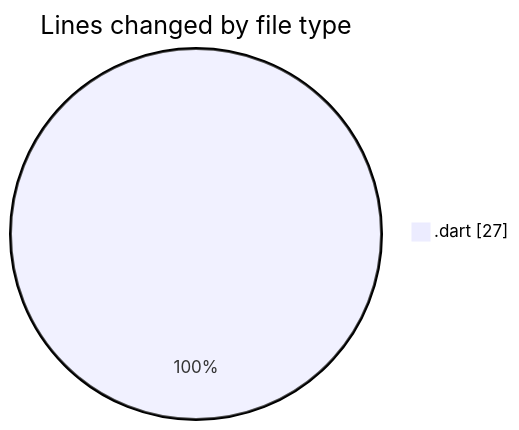
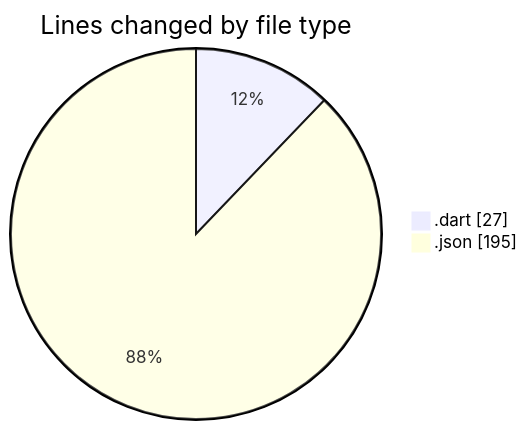
The first of 2 diagrams in 2025-02-21/uber_clone/README.md (donsfak/code-tracking), drawn with Mermaid before and after one commit. The commit also changed other lines of this file and 1 other file, not shown here.

````diff
--- a/2025-02-21/uber_clone/README.md
+++ b/2025-02-21/uber_clone/README.md
@@ -20,5 +21,6 @@
 ```mermaid
 pie showData
 title Lines changed by file type
 ".dart" : 27
+".json" : 195
 ```
````
